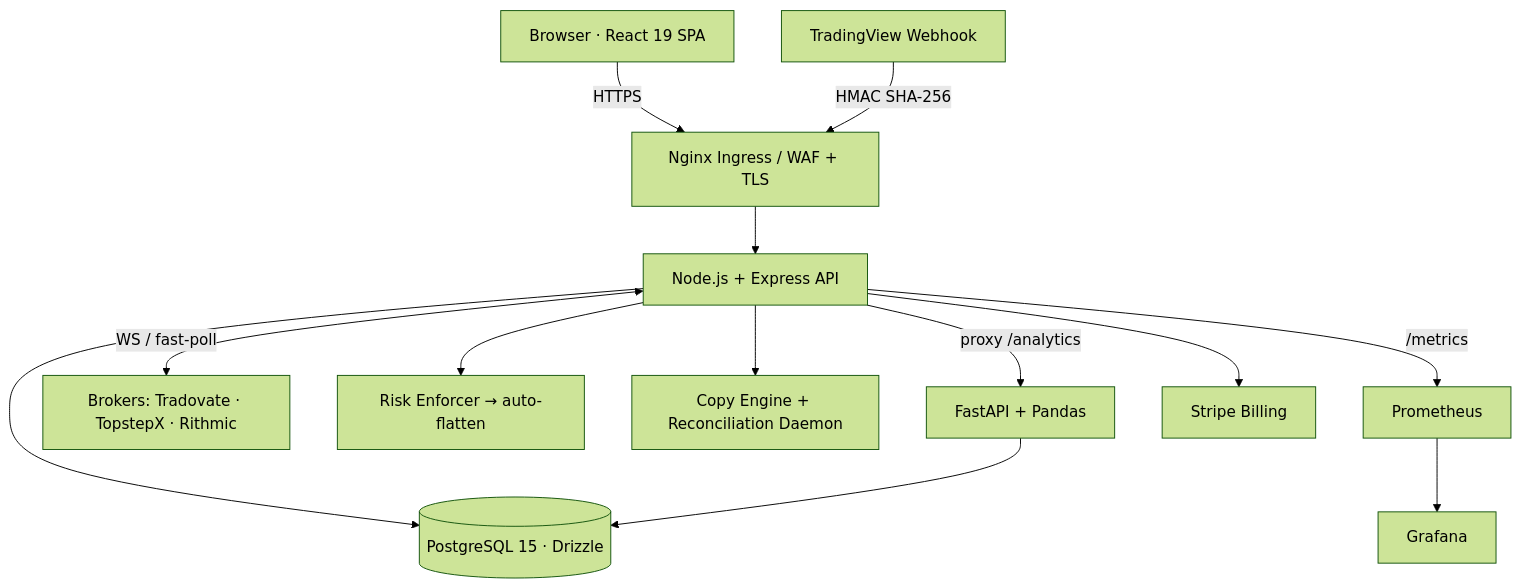
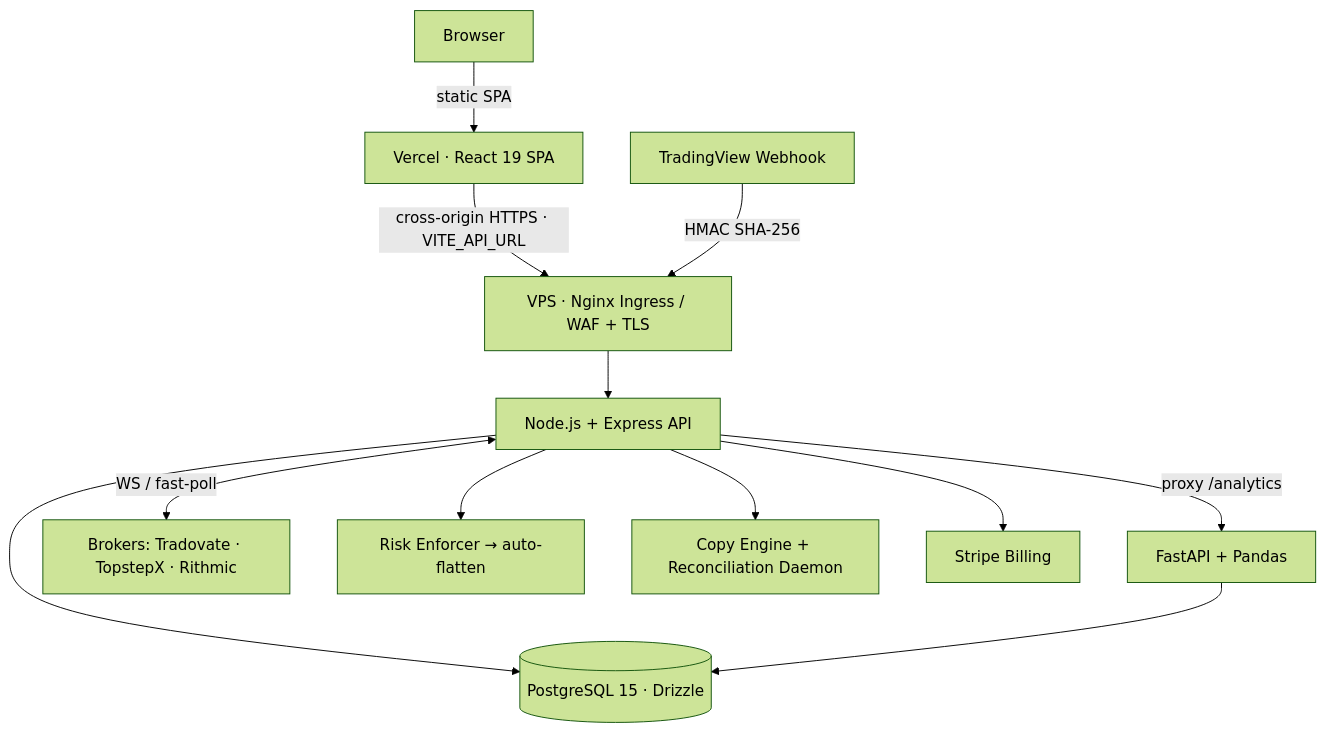
The diagram in README.md (www8351/Syncer_Q), drawn with Mermaid (forest theme) before and after one commit. The commit also changed other lines of this file and 68 other files, not shown here.

First line of the commit message:
feat(deploy): pivot to Vercel SPA + single-VPS backend; drop AWS multi-region

````diff
--- a/README.md
+++ b/README.md
@@ -65,14 +65,14 @@
 ```mermaid
 flowchart TD
-    U[Browser · React 19 SPA] -->|HTTPS| NG[Nginx Ingress / WAF + TLS]
+    U[Browser] -->|static SPA| VER[Vercel · React 19 SPA]
+    VER -->|cross-origin HTTPS · VITE_API_URL| NG[VPS · Nginx Ingress / WAF + TLS]
     TV[TradingView Webhook] -->|HMAC SHA-256| NG
     NG --> API[Node.js + Express API]
     API --> PG[(PostgreSQL 15 · Drizzle)]
     API -->|proxy /analytics| PY[FastAPI + Pandas]
     PY --> PG
     API <-->|WS / fast-poll| BRK[Brokers: Tradovate · TopstepX · Rithmic]
     API --> RISK[Risk Enforcer → auto-flatten]
     API --> COPY[Copy Engine + Reconciliation Daemon]
-    API -->|/metrics| PROM[Prometheus] --> GRAF[Grafana]
     API --> STR[Stripe Billing]
 ```
````
